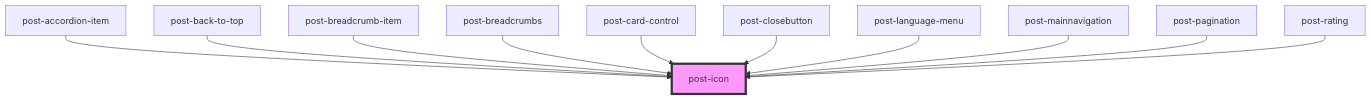
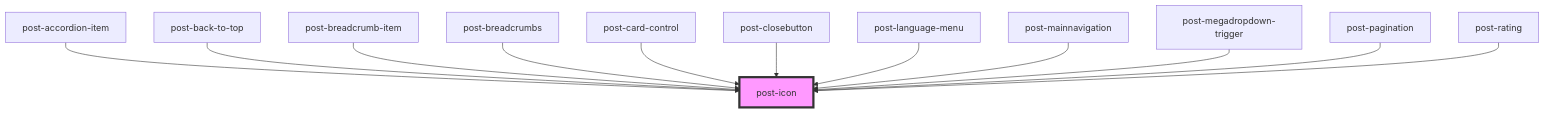
One commit to swisspost/design-system changed the diagram in packages/components/src/components/post-icon/readme.md. Above: the diagram before and after it, drawn with Mermaid. The commit also changed other lines of this file and 21 other files, not shown here.

````diff
--- a/packages/components/src/components/post-icon/readme.md
+++ b/packages/components/src/components/post-icon/readme.md
@@ -37,14 +38,15 @@
 ```mermaid
 graph TD;
   post-accordion-item --> post-icon
   post-back-to-top --> post-icon
   post-breadcrumb-item --> post-icon
   post-breadcrumbs --> post-icon
   post-card-control --> post-icon
   post-closebutton --> post-icon
   post-language-menu --> post-icon
   post-mainnavigation --> post-icon
+  post-megadropdown-trigger --> post-icon
   post-pagination --> post-icon
   post-rating --> post-icon
   style post-icon fill:#f9f,stroke:#333,stroke-width:4px
 ```
````
